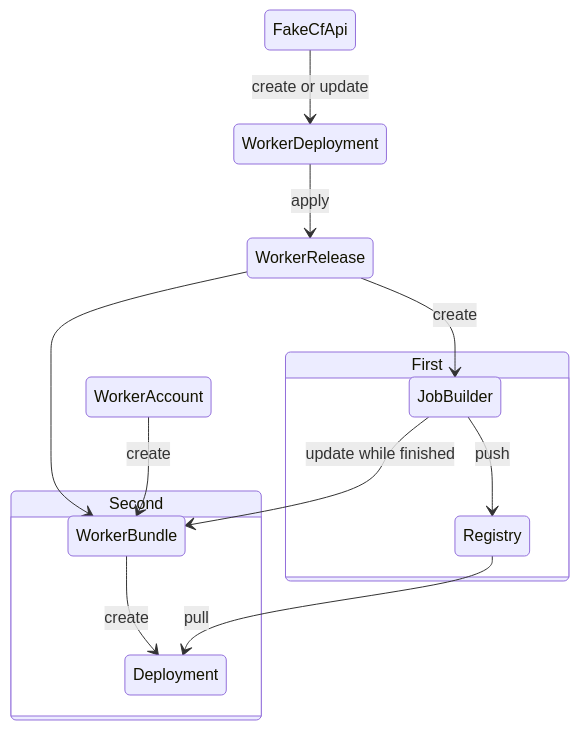
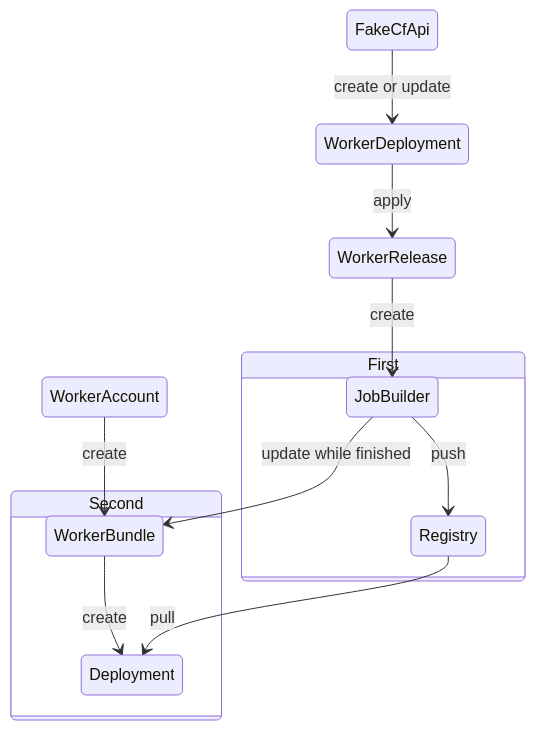
The diagram in README.md (clementreiffers/Cf-Kubernetes-Arch), drawn with Mermaid before and after one commit. The commit also changed other lines of this file and 1 other file, not shown here.

````diff
--- a/README.md
+++ b/README.md
@@ -81,20 +81,19 @@
 ```mermaid
 stateDiagram-v2
     state First {
         JobBuilder
         Registry
     }
     state Second {
         WorkerBundle
         Deployment
     }
     FakeCfApi --> WorkerDeployment : create or update
     WorkerDeployment --> WorkerRelease : apply
     WorkerRelease --> JobBuilder : create
     JobBuilder --> Registry : push
-    WorkerRelease --> WorkerBundle
     WorkerAccount --> WorkerBundle : create
     WorkerBundle --> Deployment : create
     Registry --> Deployment : pull
     JobBuilder --> WorkerBundle : update while finished
 ```
````
